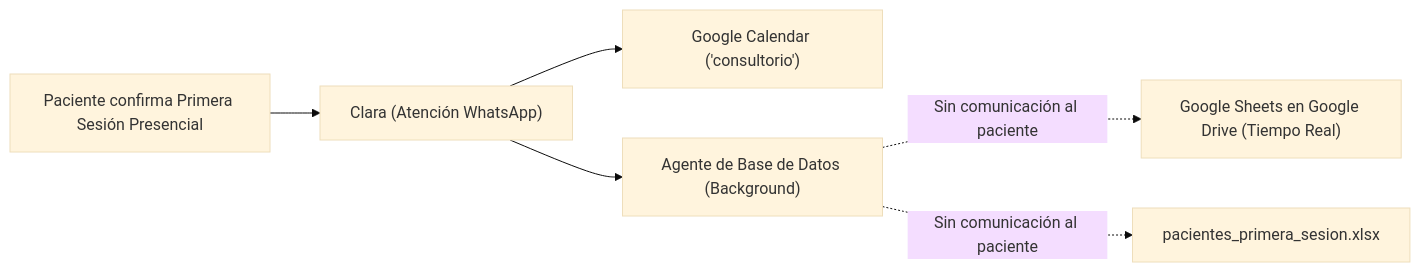
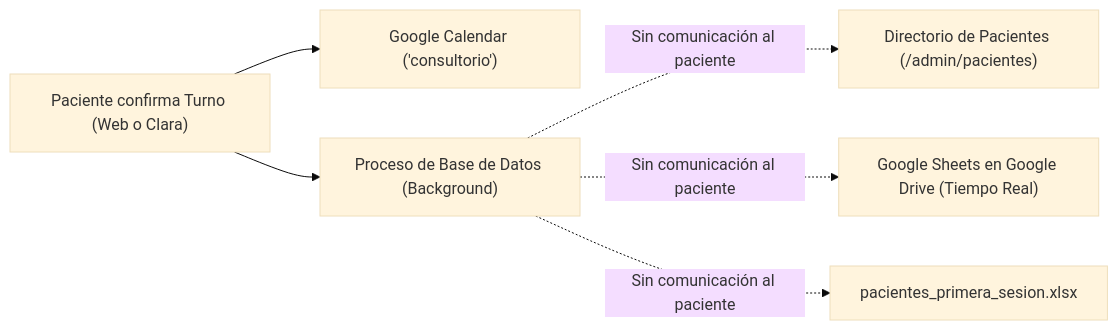
The second of 2 diagrams in docs/manual-clara.md (MartinBrude/kinesica), drawn with Mermaid (base theme) before and after one commit. The commit also changed other lines of this file and 17 other files, not shown here.

````diff
--- a/docs/manual-clara.md
+++ b/docs/manual-clara.md
@@ -507,8 +507,8 @@
 ```mermaid
 flowchart LR
-    A["Paciente confirma Primera Sesión Presencial"] --> B["Clara (Atención WhatsApp)"]
-    B --> C["Google Calendar ('consultorio')"]
-    B --> D["Agente de Base de Datos (Background)"]
-    D -.->|Sin comunicación al paciente| E["Google Sheets en Google Drive (Tiempo Real)"]
-    D -.->|Sin comunicación al paciente| F["pacientes_primera_sesion.xlsx"]
+    A["Paciente confirma Turno (Web o Clara)"] --> B["Google Calendar ('consultorio')"]
+    A --> C["Proceso de Base de Datos (Background)"]
+    C -.->|Sin comunicación al paciente| D["Directorio de Pacientes (/admin/pacientes)"]
+    C -.->|Sin comunicación al paciente| E["Google Sheets en Google Drive (Tiempo Real)"]
+    C -.->|Sin comunicación al paciente| F["pacientes_primera_sesion.xlsx"]
 ```
````
